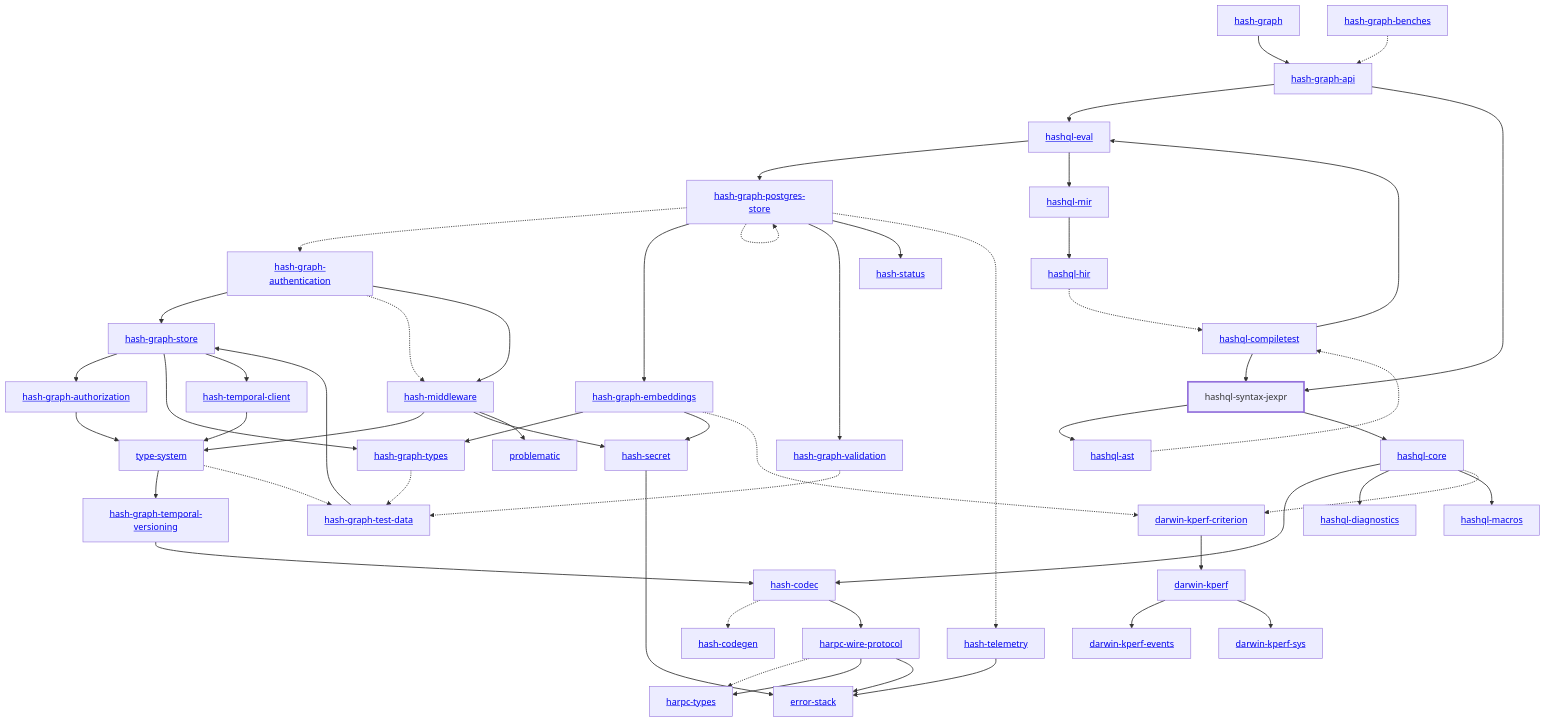
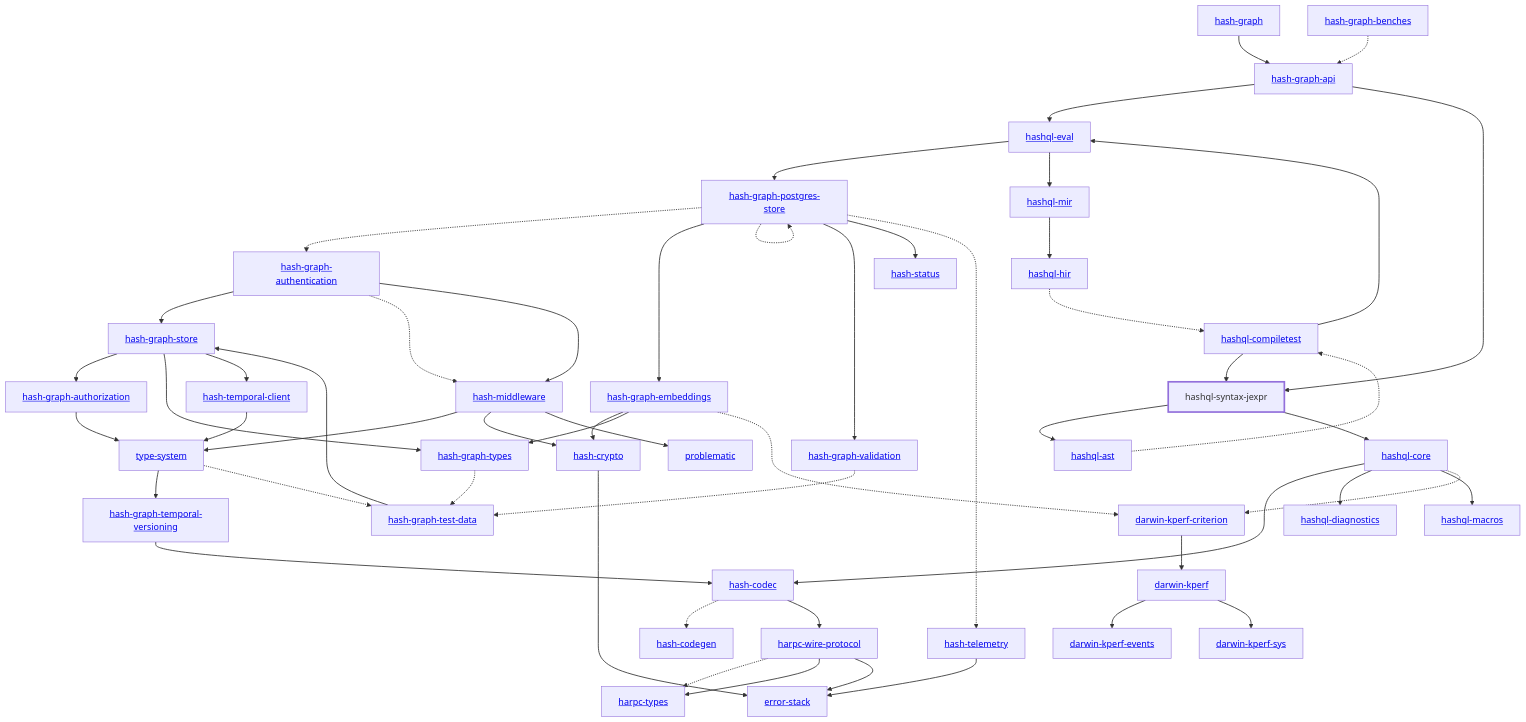
The diagram in libs/@local/hashql/syntax-jexpr/docs/dependency-diagram.mmd (hashintel/hash), drawn with Mermaid before and after one commit. The commit also changed 138 other files, not shown here.

Commit message:
Rename hash-secret to hash-crypto

```diff
--- a/libs/@local/hashql/syntax-jexpr/docs/dependency-diagram.mmd
+++ b/libs/@local/hashql/syntax-jexpr/docs/dependency-diagram.mmd
@@ -1,101 +1,101 @@
 graph TD
     linkStyle default stroke-width:1.5px
     classDef default stroke-width:1px
     classDef root stroke-width:3px
     classDef dev stroke-width:1px
     classDef build stroke-width:1px
     %% Legend
     %% --> : Normal dependency
     %% -.-> : Dev dependency
     %% ---> : Build dependency
     0[<a href="../hash_graph/index.html">hash-graph</a>]
     1[<a href="../type_system/index.html">type-system</a>]
     2[<a href="../hash_codec/index.html">hash-codec</a>]
     3[<a href="../hash_codegen/index.html">hash-codegen</a>]
-    4[<a href="../hash_graph_api/index.html">hash-graph-api</a>]
-    5[<a href="../hash_graph_authentication/index.html">hash-graph-authentication</a>]
-    6[<a href="../hash_graph_authorization/index.html">hash-graph-authorization</a>]
-    7[<a href="../hash_graph_embeddings/index.html">hash-graph-embeddings</a>]
-    8[<a href="../hash_graph_postgres_store/index.html">hash-graph-postgres-store</a>]
-    9[<a href="../hash_graph_store/index.html">hash-graph-store</a>]
-    10[<a href="../hash_graph_temporal_versioning/index.html">hash-graph-temporal-versioning</a>]
-    11[<a href="../hash_graph_types/index.html">hash-graph-types</a>]
-    12[<a href="../hash_graph_validation/index.html">hash-graph-validation</a>]
-    13[<a href="../harpc_types/index.html">harpc-types</a>]
-    14[<a href="../harpc_wire_protocol/index.html">harpc-wire-protocol</a>]
-    15[<a href="../hashql_ast/index.html">hashql-ast</a>]
-    16[<a href="../hashql_compiletest/index.html">hashql-compiletest</a>]
-    17[<a href="../hashql_core/index.html">hashql-core</a>]
-    18[<a href="../hashql_diagnostics/index.html">hashql-diagnostics</a>]
-    19[<a href="../hashql_eval/index.html">hashql-eval</a>]
-    20[<a href="../hashql_hir/index.html">hashql-hir</a>]
-    21[<a href="../hashql_macros/index.html">hashql-macros</a>]
-    22[<a href="../hashql_mir/index.html">hashql-mir</a>]
-    23[hashql-syntax-jexpr]
-    class 23 root
-    24[<a href="../hash_middleware/index.html">hash-middleware</a>]
-    25[<a href="../hash_secret/index.html">hash-secret</a>]
+    4[<a href="../hash_crypto/index.html">hash-crypto</a>]
+    5[<a href="../hash_graph_api/index.html">hash-graph-api</a>]
+    6[<a href="../hash_graph_authentication/index.html">hash-graph-authentication</a>]
+    7[<a href="../hash_graph_authorization/index.html">hash-graph-authorization</a>]
+    8[<a href="../hash_graph_embeddings/index.html">hash-graph-embeddings</a>]
+    9[<a href="../hash_graph_postgres_store/index.html">hash-graph-postgres-store</a>]
+    10[<a href="../hash_graph_store/index.html">hash-graph-store</a>]
+    11[<a href="../hash_graph_temporal_versioning/index.html">hash-graph-temporal-versioning</a>]
+    12[<a href="../hash_graph_types/index.html">hash-graph-types</a>]
+    13[<a href="../hash_graph_validation/index.html">hash-graph-validation</a>]
+    14[<a href="../harpc_types/index.html">harpc-types</a>]
+    15[<a href="../harpc_wire_protocol/index.html">harpc-wire-protocol</a>]
+    16[<a href="../hashql_ast/index.html">hashql-ast</a>]
+    17[<a href="../hashql_compiletest/index.html">hashql-compiletest</a>]
+    18[<a href="../hashql_core/index.html">hashql-core</a>]
+    19[<a href="../hashql_diagnostics/index.html">hashql-diagnostics</a>]
+    20[<a href="../hashql_eval/index.html">hashql-eval</a>]
+    21[<a href="../hashql_hir/index.html">hashql-hir</a>]
+    22[<a href="../hashql_macros/index.html">hashql-macros</a>]
+    23[<a href="../hashql_mir/index.html">hashql-mir</a>]
+    24[hashql-syntax-jexpr]
+    class 24 root
+    25[<a href="../hash_middleware/index.html">hash-middleware</a>]
     26[<a href="../hash_status/index.html">hash-status</a>]
     27[<a href="../hash_telemetry/index.html">hash-telemetry</a>]
     28[<a href="../hash_temporal_client/index.html">hash-temporal-client</a>]
     29[<a href="../darwin_kperf/index.html">darwin-kperf</a>]
     30[<a href="../darwin_kperf_criterion/index.html">darwin-kperf-criterion</a>]
     31[<a href="../darwin_kperf_events/index.html">darwin-kperf-events</a>]
     32[<a href="../darwin_kperf_sys/index.html">darwin-kperf-sys</a>]
     33[<a href="../error_stack/index.html">error-stack</a>]
     34[<a href="../problematic/index.html">problematic</a>]
     35[<a href="../hash_graph_benches/index.html">hash-graph-benches</a>]
     36[<a href="../hash_graph_test_data/index.html">hash-graph-test-data</a>]
-    0 --> 4
-    1 --> 10
+    0 --> 5
+    1 --> 11
     1 -.-> 36
     2 -.-> 3
-    2 --> 14
-    4 --> 19
-    4 --> 23
-    5 --> 9
-    5 -.-> 24
+    2 --> 15
+    4 --> 33
+    5 --> 20
     5 --> 24
-    6 --> 1
-    7 --> 11
-    7 --> 25
-    7 -.-> 30
-    8 -.-> 5
-    8 --> 7
-    8 -.-> 8
+    6 --> 10
+    6 -.-> 25
+    6 --> 25
+    7 --> 1
+    8 --> 4
     8 --> 12
-    8 --> 26
-    8 -.-> 27
-    9 --> 6
-    9 --> 11
-    9 --> 28
-    10 --> 2
-    11 -.-> 36
+    8 -.-> 30
+    9 -.-> 6
+    9 --> 8
+    9 -.-> 9
+    9 --> 13
+    9 --> 26
+    9 -.-> 27
+    10 --> 7
+    10 --> 12
+    10 --> 28
+    11 --> 2
     12 -.-> 36
-    14 -.-> 13
-    14 --> 13
-    14 --> 33
-    15 -.-> 16
-    16 --> 19
-    16 --> 23
-    17 --> 2
-    17 --> 18
-    17 --> 21
-    17 -.-> 30
-    19 --> 8
-    19 --> 22
-    20 -.-> 16
-    22 --> 20
-    23 --> 15
-    23 --> 17
-    24 --> 1
-    24 --> 25
-    24 --> 34
-    25 --> 33
+    13 -.-> 36
+    15 -.-> 14
+    15 --> 14
+    15 --> 33
+    16 -.-> 17
+    17 --> 20
+    17 --> 24
+    18 --> 2
+    18 --> 19
+    18 --> 22
+    18 -.-> 30
+    20 --> 9
+    20 --> 23
+    21 -.-> 17
+    23 --> 21
+    24 --> 16
+    24 --> 18
+    25 --> 1
+    25 --> 4
+    25 --> 34
     27 --> 33
     28 --> 1
     29 --> 31
     29 --> 32
     30 --> 29
-    35 -.-> 4
-    36 --> 9
+    35 -.-> 5
+    36 --> 10
```
